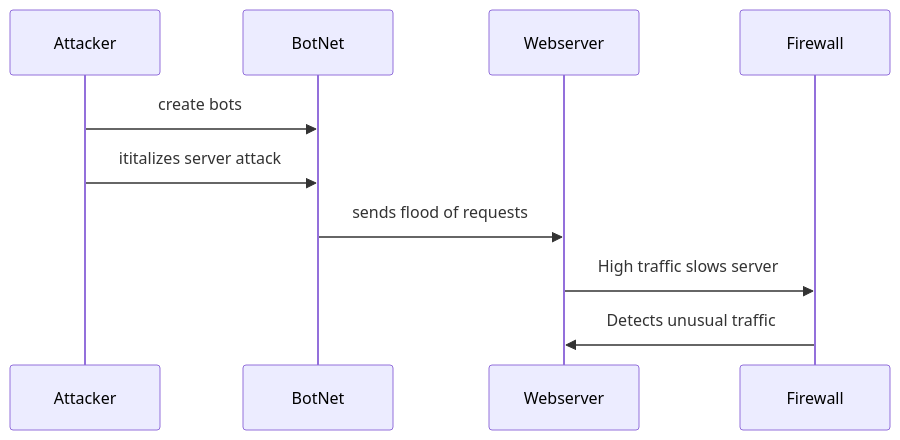
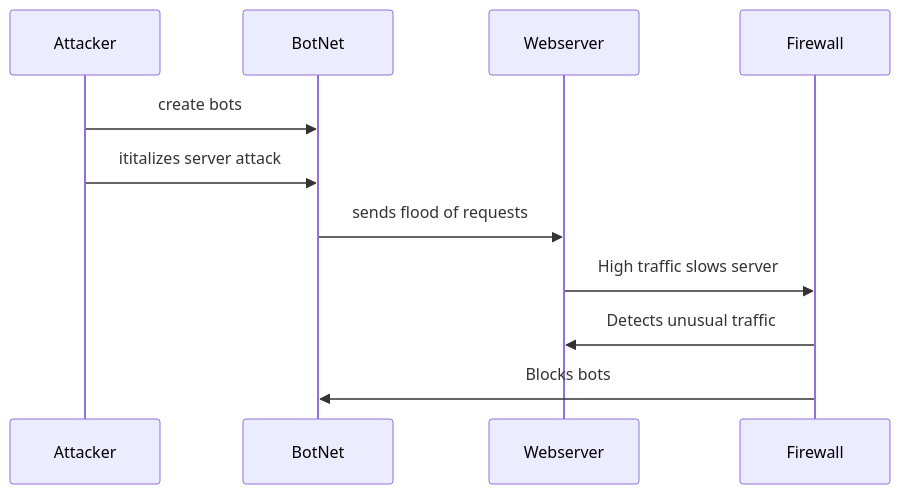
The diagram in DDoS_Attack_Sequence.md (G-Marotta/Flowchart), drawn with Mermaid before and after one commit.

````diff
--- a/DDoS_Attack_Sequence.md
+++ b/DDoS_Attack_Sequence.md
@@ -2,12 +2,13 @@
 ```mermaid
 sequenceDiagram
     participant Attacker
     participant BotNet
     participant Webserver
     participant Firewall
     Attacker->>BotNet: create bots
     Attacker->>BotNet: ititalizes server attack
     BotNet->>Webserver: sends flood of requests
     Webserver->>Firewall: High traffic slows server
     Firewall->>Webserver: Detects unusual traffic
+    Firewall->>BotNet: Blocks bots
 ```
````
